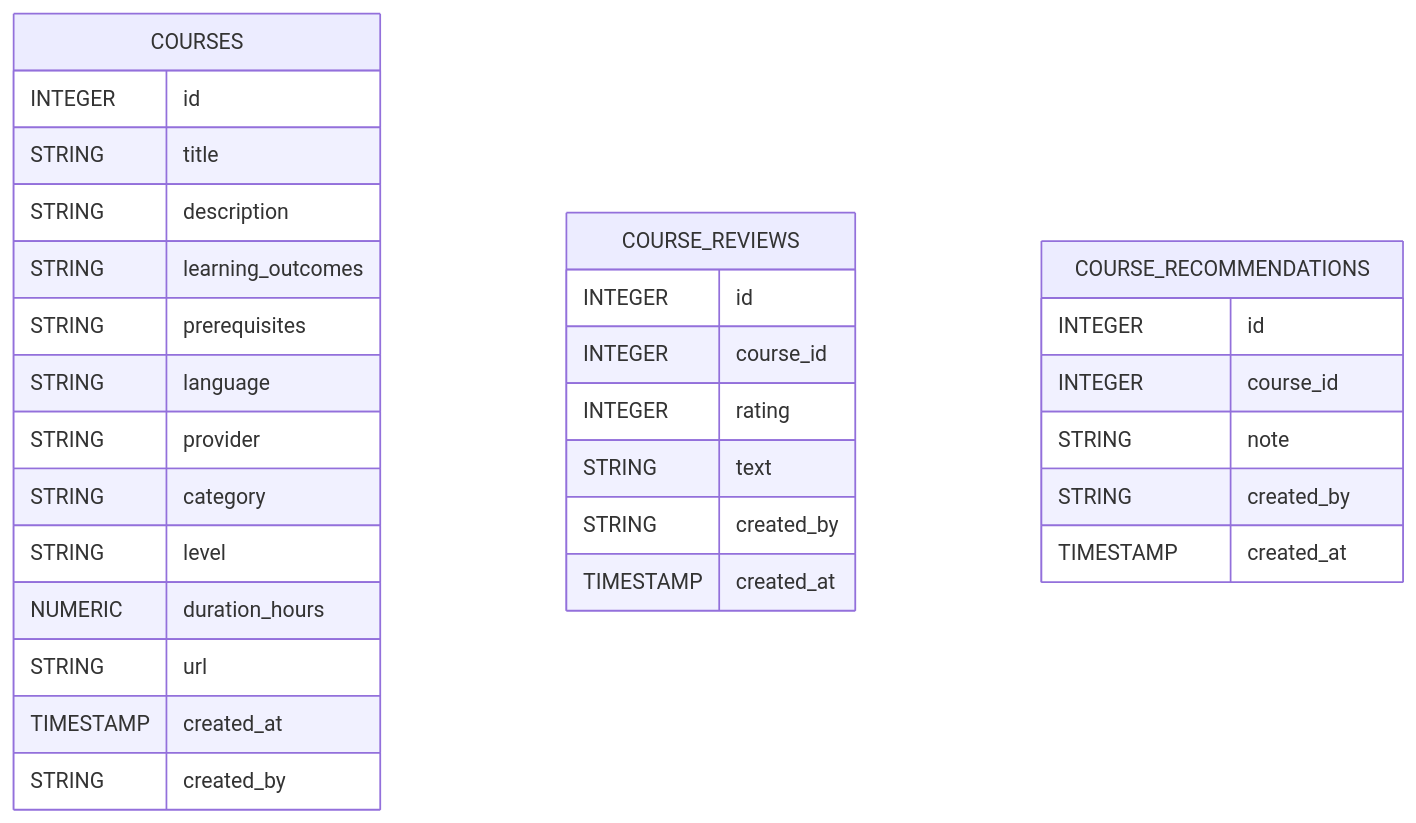
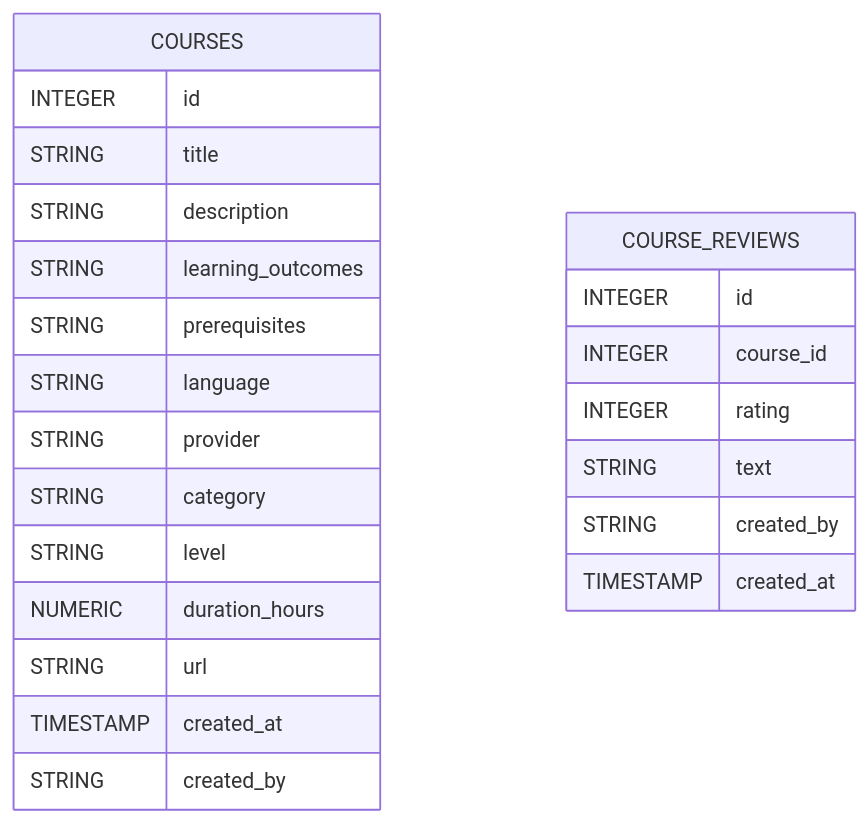
The seventh of 16 diagrams in docs/architecture_backend.md (JustinMelger/Upstream), drawn with Mermaid before and after one commit. The commit also changed other lines of this file and 27 other files, not shown here.

````diff
--- a/docs/architecture_backend.md
+++ b/docs/architecture_backend.md
@@ -408,33 +393,26 @@
 ```mermaid
 erDiagram
   COURSES {
     INTEGER id
     STRING title
     STRING description
     STRING learning_outcomes
     STRING prerequisites
     STRING language
     STRING provider
     STRING category
     STRING level
     NUMERIC duration_hours
     STRING url
     TIMESTAMP created_at
     STRING created_by
   }
   COURSE_REVIEWS {
     INTEGER id
     INTEGER course_id
     INTEGER rating
     STRING text
     STRING created_by
     TIMESTAMP created_at
   }
-  COURSE_RECOMMENDATIONS {
-    INTEGER id
-    INTEGER course_id
-    STRING note
-    STRING created_by
-    TIMESTAMP created_at
-  }
 ```
````
